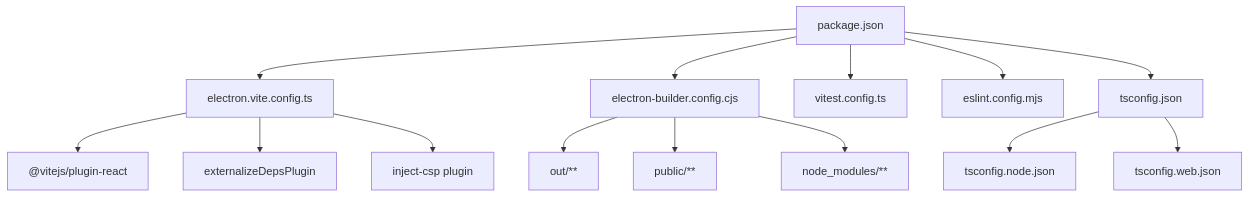
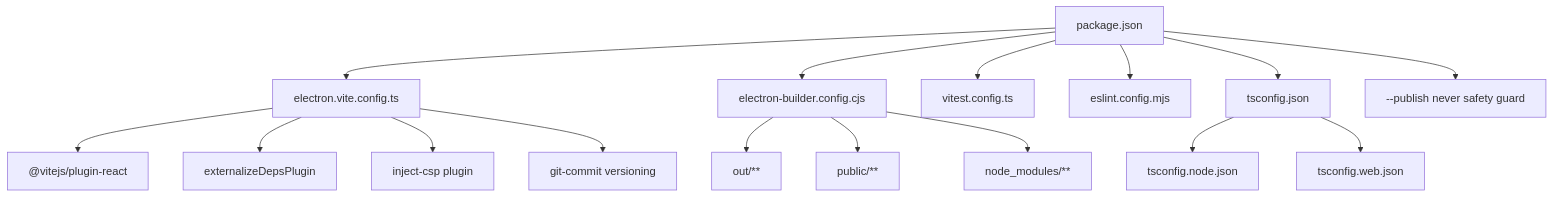
Diagram 11 of 11 in .qoder/repowiki/en/content/Development Guidelines/CI_CD Pipeline & Build System.md (satyrlord/mixjam-electron), drawn with Mermaid before and after one commit. The commit also changed other lines of this file and 51 other files, not shown here.

````diff
--- a/.qoder/repowiki/en/content/Development Guidelines/CI_CD Pipeline & Build System.md
+++ b/.qoder/repowiki/en/content/Development Guidelines/CI_CD Pipeline & Build System.md
@@ -348,16 +400,18 @@
 ```mermaid
 graph TB
 PKG["package.json"] --> EVITE["electron.vite.config.ts"]
 PKG --> EBCFG["electron-builder.config.cjs"]
 PKG --> VCFG["vitest.config.ts"]
 PKG --> ESLCFG["eslint.config.mjs"]
 PKG --> TSC["tsconfig.json"]
 TSC --> TSCN["tsconfig.node.json"]
 TSC --> TSCW["tsconfig.web.json"]
 EVITE --> REACT["@vitejs/plugin-react"]
 EVITE --> EXTD["externalizeDepsPlugin"]
 EVITE --> CSP["inject-csp plugin"]
+EVITE --> VERSION["git-commit versioning"]
 EBCFG --> OUT["out/**"]
 EBCFG --> PUB["public/**"]
 EBCFG --> NM["node_modules/**"]
+PKG --> SAFETY["--publish never safety guard"]
 ```
````
